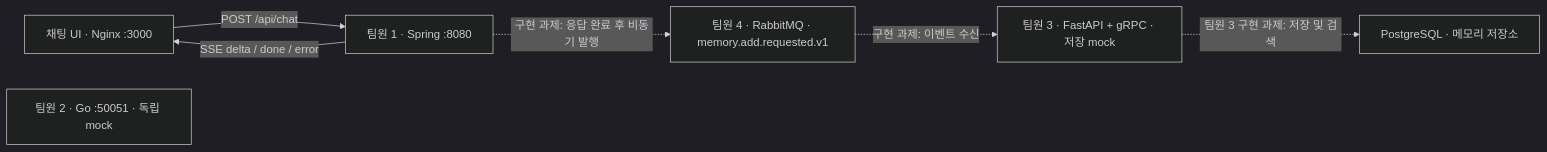
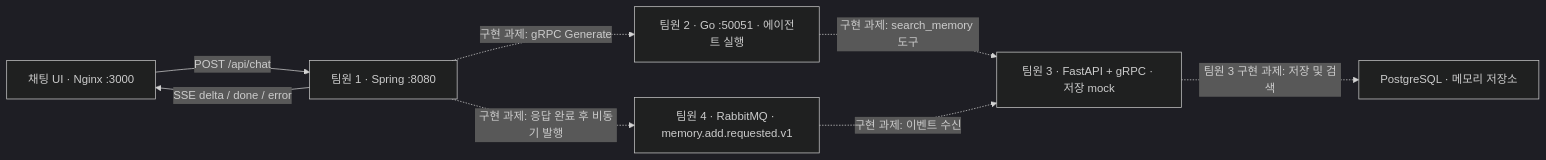
The diagram in team-project/README.md (gdg-yonsei/gdg-5th-be), drawn with Mermaid (dark theme) before and after one commit. The commit also changed other lines of this file, not shown here.

````diff
--- a/team-project/README.md
+++ b/team-project/README.md
@@ -5,9 +5,10 @@
 ```mermaid
 flowchart LR
     UI[채팅 UI · Nginx :3000] -->|POST /api/chat| API[팀원 1 · Spring :8080]
-    LLM[팀원 2 · Go :50051 · 독립 mock]
+    API -.->|구현 과제: gRPC Generate| LLM[팀원 2 · Go :50051 · 에이전트 실행]
+    LLM -.->|구현 과제: search_memory 도구| RAG
     API -.->|구현 과제: 응답 완료 후 비동기 발행| MQ[팀원 4 · RabbitMQ · memory.add.requested.v1]
     MQ -.->|구현 과제: 이벤트 수신| RAG[팀원 3 · FastAPI + gRPC · 저장 mock]
     RAG -.->|팀원 3 구현 과제: 저장 및 검색| DB[PostgreSQL · 메모리 저장소]
     API -->|SSE delta / done / error| UI
 ```
````
